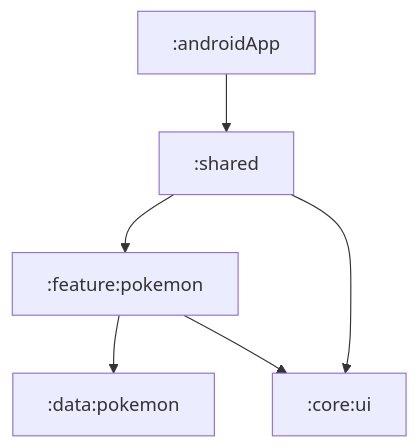
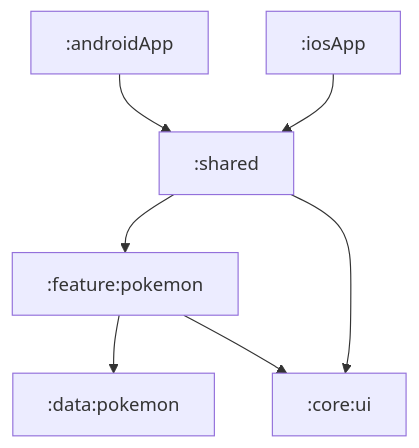
Before and after one commit to kfaraj/samples: the second of 2 diagrams in pokedex/README.md, drawn with Mermaid. The commit also changed 15 other files, not shown here.

Commit message:
Add iOS app with shared UI

````diff
--- a/pokedex/README.md
+++ b/pokedex/README.md
@@ -30,8 +30,9 @@
 ```mermaid
 flowchart TB
     :androidApp --> :shared
+    :iosApp --> :shared
     :shared --> :feature:pokemon
     :shared --> :core:ui
     :feature:pokemon --> :data:pokemon
     :feature:pokemon --> :core:ui
 ```
````
